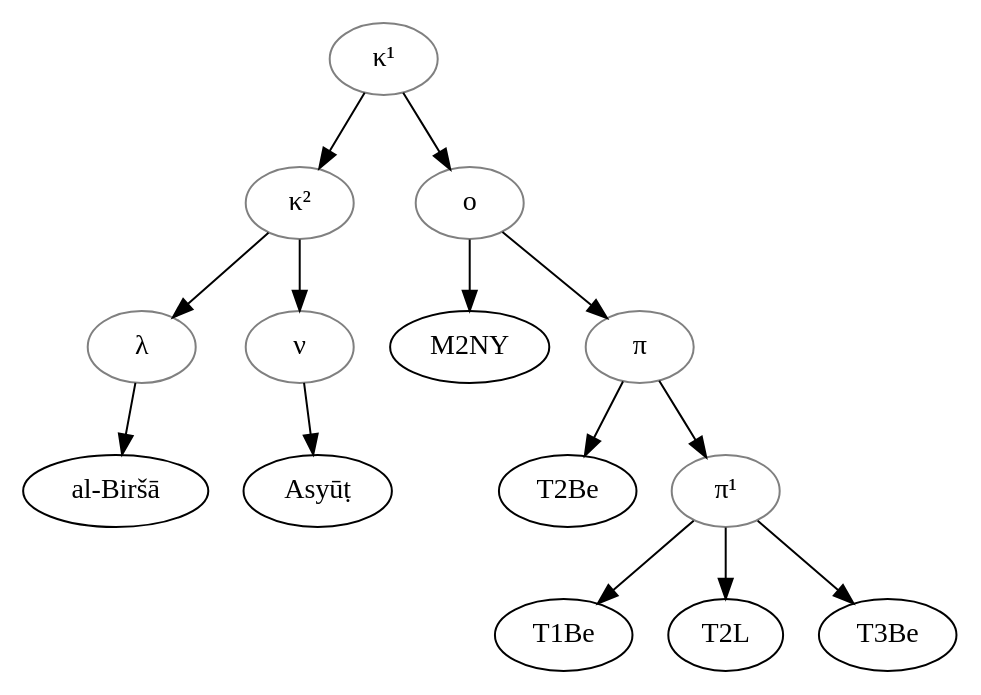
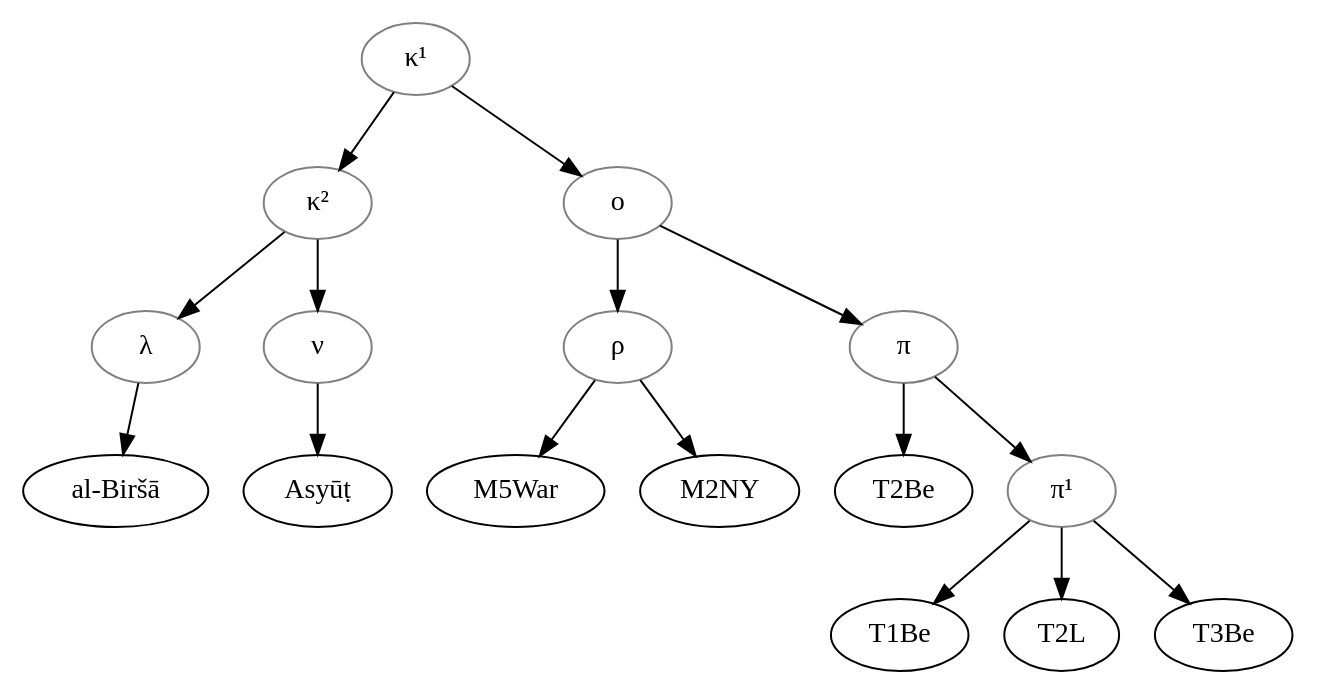
Before and after one commit to OpenStemmata/database: the diagram in data/egy/Jurgens_2001_CTSpell225/stemma.gv, drawn with Graphviz.

Commit message:
rho and its descendants were missing

```diff
--- a/data/egy/Jurgens_2001_CTSpell225/stemma.gv
+++ b/data/egy/Jurgens_2001_CTSpell225/stemma.gv
@@ -1,30 +1,29 @@
-# Place the cursor inside "graph" to get some refactoring options
-
 digraph {
 
-    # To refactor nodes, place the cursor left to a node name
     kappa1 -> kappa2;
     kappa1 -> omega;
     kappa2 -> lambda;
     kappa2 -> nu;
     lambda -> alBirsa;
     nu -> asyut;
-    omega -> M2NY; 
+    omega -> rho;
+    rho->M5War;
+    rho-> M2NY; 
     omega -> pi;
     pi -> T2Be;
     pi -> pi1;
     pi1 -> T1Be;
     pi1 -> T2L;
     pi1 -> T3Be;
-   
-    # Grey color ais used for hypothetical nodes; labels can be redefined if needed
+
     kappa1[color="grey", label="κ¹"];
     kappa2[color="grey", label="κ²"]; 
     omega[color="grey", label="ο"];
     lambda[color="grey", label="λ"];
     nu[color="grey", label="ν"];
+    rho[color="grey", label="ρ"]
     alBirsa[label="al-Biršā"];
     asyut[label="Asyūṭ"];
     pi[color="grey", label="π"];
     pi1[color="grey", label="π¹"];
 }
```
